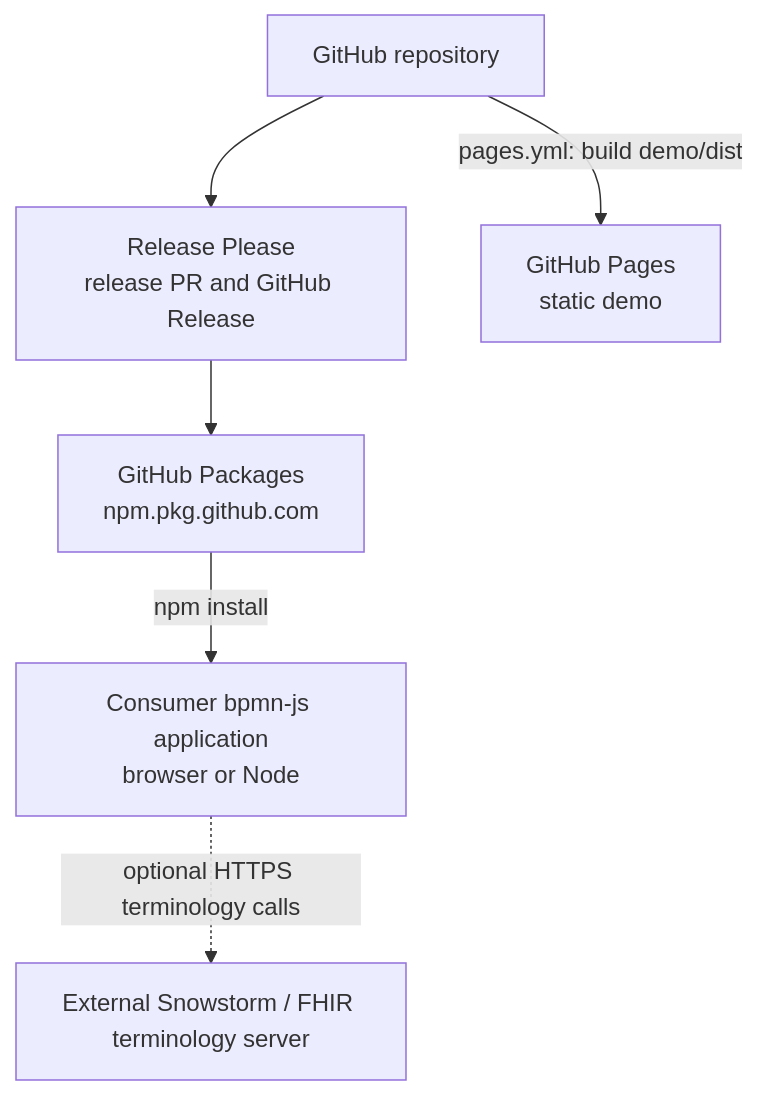
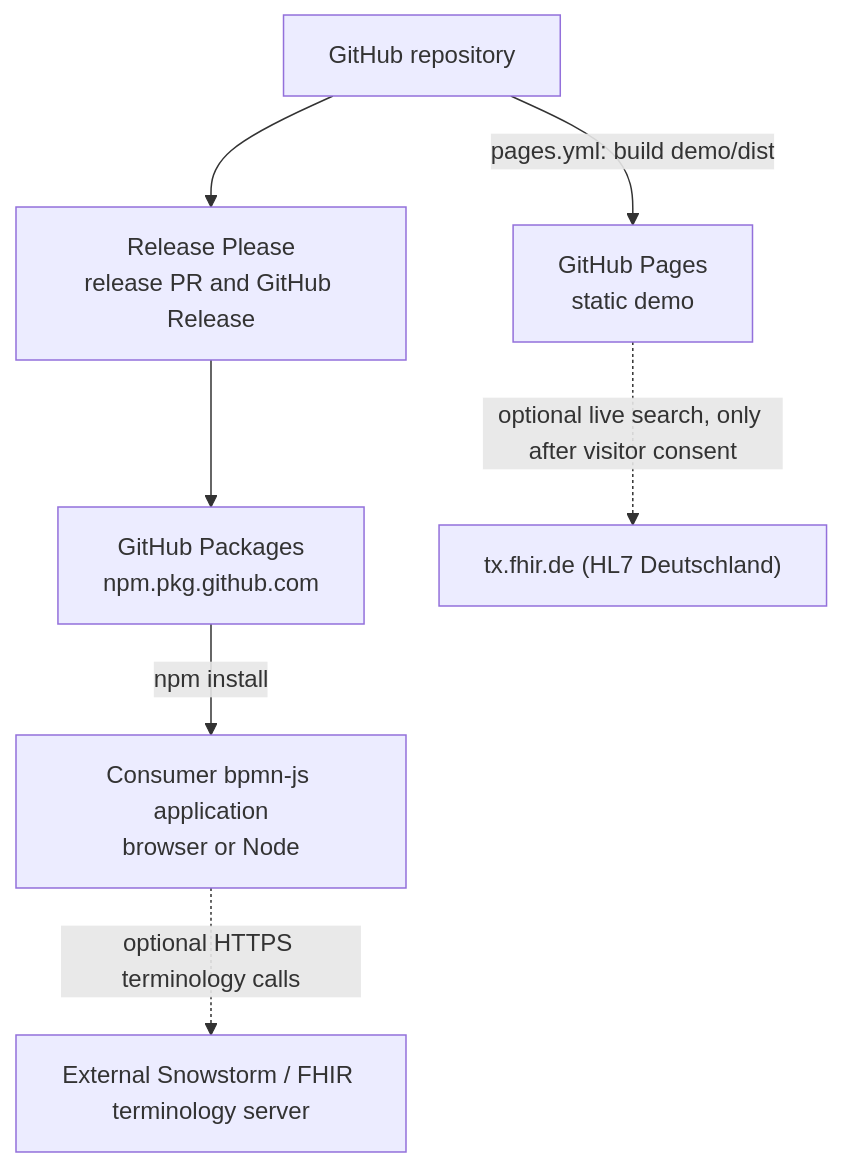
The diagram in docs/arc42/07_deployment_view.md (forschungsgruppe-digital-health/bpmn-extension-medical-terminology), drawn with Mermaid before and after one commit. The commit also changed other lines of this file and 69 other files, not shown here.

````diff
--- a/docs/arc42/07_deployment_view.md
+++ b/docs/arc42/07_deployment_view.md
@@ -8,15 +8,17 @@
 ```mermaid
 graph TD
     REPO["GitHub repository"]
     RELEASE["Release Please<br/>release PR and GitHub Release"]
     PKG["GitHub Packages<br/>npm.pkg.github.com"]
     HOST["Consumer bpmn-js application<br/>browser or Node"]
     DEMO["GitHub Pages<br/>static demo"]
     EXT["External Snowstorm / FHIR terminology server"]
+    TX["tx.fhir.de (HL7 Deutschland)"]
 
     REPO --> RELEASE
     RELEASE --> PKG
     PKG -->|npm install| HOST
     REPO -->|pages.yml: build demo/dist| DEMO
     HOST -.->|optional HTTPS terminology calls| EXT
+    DEMO -.->|optional live search, only after visitor consent| TX
 ```
````
